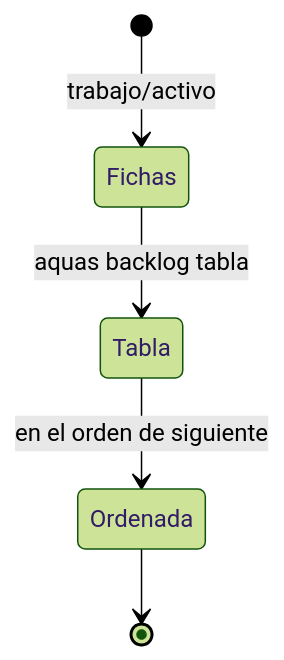
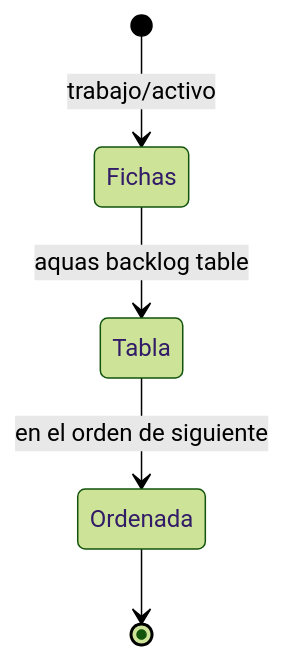
Before and after one commit to jliberal-aquas/aquas-central-harness-government: the second of 2 diagrams in docs/E001/F007/README.md, drawn with Mermaid (forest theme). The commit also changed other lines of this file and 184 other files, not shown here.

````diff
--- a/docs/E001/F007/README.md
+++ b/docs/E001/F007/README.md
@@ -33,7 +33,7 @@
 ```mermaid
 stateDiagram-v2
     [*] --> Fichas: trabajo/activo
-    Fichas --> Tabla: aquas backlog tabla
+    Fichas --> Tabla: aquas backlog table
     Tabla --> Ordenada: en el orden de siguiente
     Ordenada --> [*]
 ```
````
